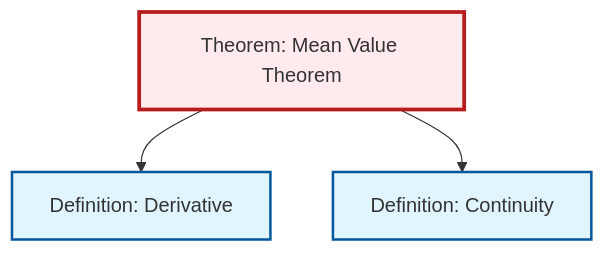
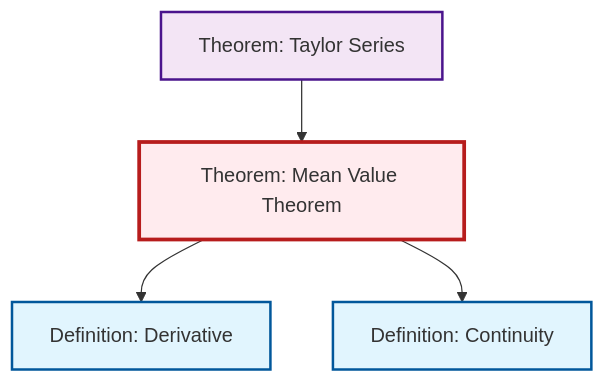
One commit to RK0429/ModernMath changed the diagram in content/en/analysis/thm-mean-value.qmd. Above: the diagram before and after it, drawn with Mermaid. The commit also changed 497 other files, not shown here.

````diff
--- a/content/en/analysis/thm-mean-value.qmd
+++ b/content/en/analysis/thm-mean-value.qmd
@@ -79,17 +79,20 @@
 ```{mermaid}
 %%| fig-cap: "Local dependency graph"
 graph TD
     classDef definition fill:#e1f5fe,stroke:#01579b,stroke-width:2px
     classDef theorem fill:#f3e5f5,stroke:#4a148c,stroke-width:2px
     classDef axiom fill:#fff3e0,stroke:#e65100,stroke-width:2px
     classDef example fill:#e8f5e9,stroke:#1b5e20,stroke-width:2px
     classDef current fill:#ffebee,stroke:#b71c1c,stroke-width:3px
+    thm-taylor-series["Theorem: Taylor Series"]:::theorem
+    def-continuity["Definition: Continuity"]:::definition
     def-derivative["Definition: Derivative"]:::definition
     thm-mean-value["Theorem: Mean Value Theorem"]:::theorem
-    def-continuity["Definition: Continuity"]:::definition
     thm-mean-value --> def-derivative
     thm-mean-value --> def-continuity
+    thm-taylor-series --> thm-mean-value
     class thm-mean-value current
+    click thm-taylor-series "thm-taylor-series.html" "Go to Taylor Series theorem"
+    click def-continuity "def-continuity.html" "Go to Continuity definition"
     click def-derivative "def-derivative.html" "Go to Derivative definition"
-    click def-continuity "def-continuity.html" "Go to Continuity definition"
 ```
````
